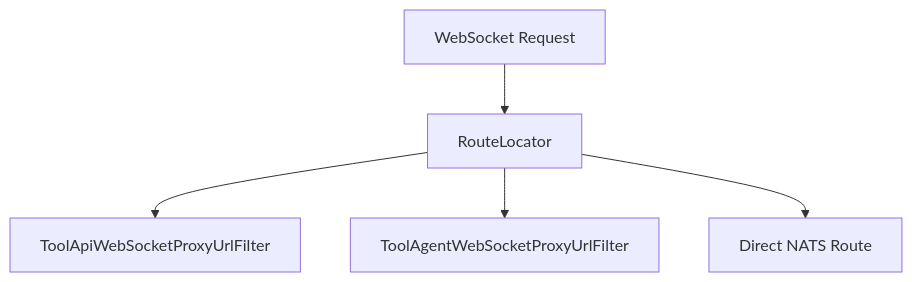
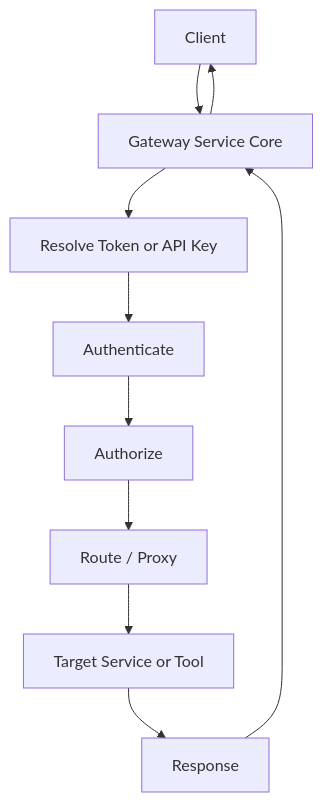
One commit to flamingo-stack/openframe-oss-lib changed the sixth of 6 diagrams in docs/reference/architecture/gateway-service-core/gateway-service-core.md. Above: the diagram before and after it, drawn with Mermaid. The commit also changed other lines of this file and 212 other files, not shown here.

````diff
--- a/docs/reference/architecture/gateway-service-core/gateway-service-core.md
+++ b/docs/reference/architecture/gateway-service-core/gateway-service-core.md
@@ -184,7 +331,12 @@
 ```mermaid
 flowchart TD
-    WSRequest["WebSocket Request"] --> RouteLocator["RouteLocator"]
-    RouteLocator --> ToolApiFilter["ToolApiWebSocketProxyUrlFilter"]
-    RouteLocator --> ToolAgentFilter["ToolAgentWebSocketProxyUrlFilter"]
-    RouteLocator --> NatsRoute["Direct NATS Route"]
+    Client["Client"] --> Gateway["Gateway Service Core"]
+    Gateway --> TokenResolve["Resolve Token or API Key"]
+    TokenResolve --> Auth["Authenticate"]
+    Auth --> Authorize["Authorize"]
+    Authorize --> Route["Route / Proxy"]
+    Route --> Service["Target Service or Tool"]
+    Service --> Response["Response"]
+    Response --> Gateway
+    Gateway --> Client
 ```
````
